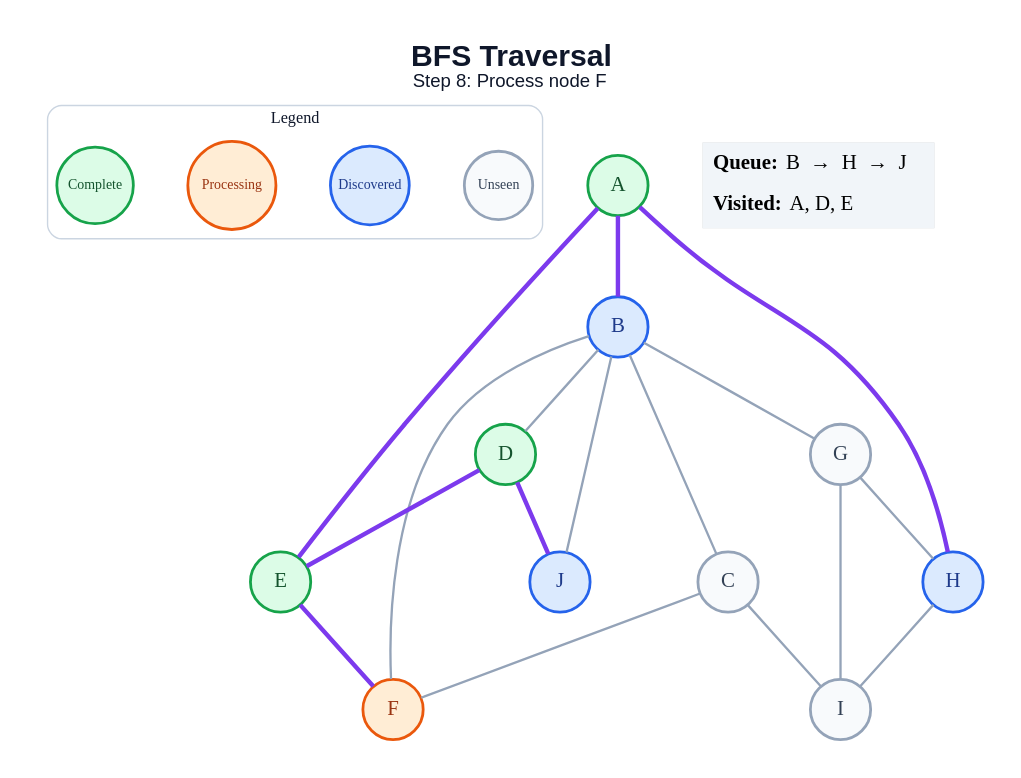
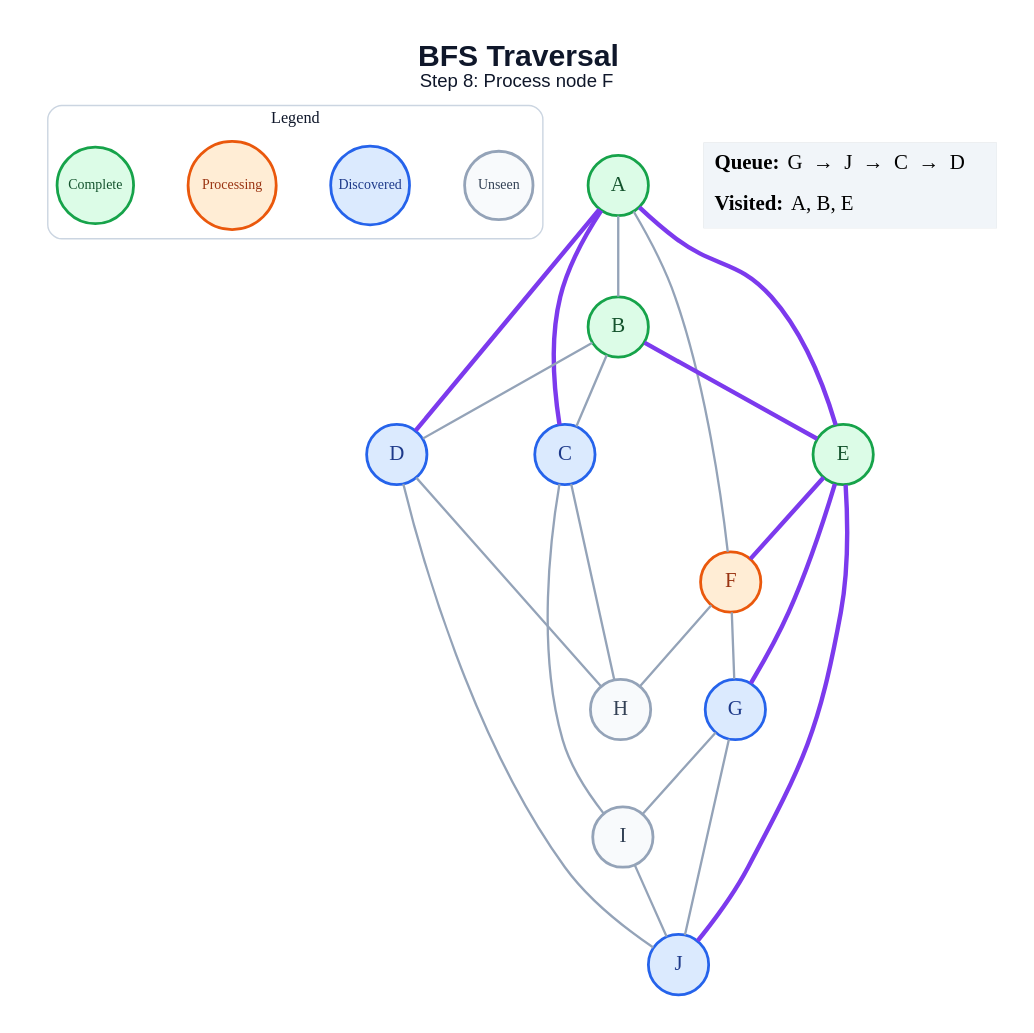
One commit to amanghodawala9/ai-slop changed the diagram in generated/specific-node/bfs/step_08.dot. Above: the diagram before and after it, drawn with Graphviz. The commit also changed 178 other files, not shown here.

```diff
--- a/generated/specific-node/bfs/step_08.dot
+++ b/generated/specific-node/bfs/step_08.dot
@@ -1,45 +1,49 @@
 graph traversal {
   graph [layout=dot, rankdir=TB, bgcolor="#FFFFFF", pad="0.35", nodesep="0.65", ranksep="0.8", fontname="Arial"];
   node [shape=circle, style="filled", fontname="Arial Bold", fontsize=18, width=0.72, fixedsize=true, penwidth=2.4];
   edge [color="#94A3B8", penwidth=2.0];
   label=<<B>BFS Traversal</B><BR/><FONT POINT-SIZE="16">Step 8: Process node F</FONT>>; labelloc="t"; fontsize=26; fontname="Arial"; fontcolor="#0F172A";
   subgraph cluster_legend { label="Legend"; color="#CBD5E1"; penwidth=1.2; style="rounded"; fontsize=14; fontname="Arial Bold";
     key_unseen [label="Unseen", fillcolor="#F8FAFC", color="#94A3B8", fontcolor="#334155", fontsize=12, width=0.82];
     key_frontier [label="Discovered", fillcolor="#DBEAFE", color="#2563EB", fontcolor="#1E3A8A", fontsize=12, width=0.95];
     key_current [label="Processing", fillcolor="#FFEDD5", color="#EA580C", fontcolor="#9A3412", fontsize=12, width=1.05];
     key_done [label="Complete", fillcolor="#DCFCE7", color="#16A34A", fontcolor="#14532D", fontsize=12, width=0.92];
     { rank=same; key_unseen; key_frontier; key_current; key_done; }
   }
   A [fillcolor="#DCFCE7", color="#16A34A", fontcolor="#14532D"];
-  B [fillcolor="#DBEAFE", color="#2563EB", fontcolor="#1E3A8A"];
-  C [fillcolor="#F8FAFC", color="#94A3B8", fontcolor="#334155"];
-  D [fillcolor="#DCFCE7", color="#16A34A", fontcolor="#14532D"];
+  B [fillcolor="#DCFCE7", color="#16A34A", fontcolor="#14532D"];
+  C [fillcolor="#DBEAFE", color="#2563EB", fontcolor="#1E3A8A"];
+  D [fillcolor="#DBEAFE", color="#2563EB", fontcolor="#1E3A8A"];
   E [fillcolor="#DCFCE7", color="#16A34A", fontcolor="#14532D"];
   F [fillcolor="#FFEDD5", color="#EA580C", fontcolor="#9A3412"];
-  G [fillcolor="#F8FAFC", color="#94A3B8", fontcolor="#334155"];
-  H [fillcolor="#DBEAFE", color="#2563EB", fontcolor="#1E3A8A"];
+  G [fillcolor="#DBEAFE", color="#2563EB", fontcolor="#1E3A8A"];
+  H [fillcolor="#F8FAFC", color="#94A3B8", fontcolor="#334155"];
   I [fillcolor="#F8FAFC", color="#94A3B8", fontcolor="#334155"];
   J [fillcolor="#DBEAFE", color="#2563EB", fontcolor="#1E3A8A"];
-  A -- B [color="#7C3AED", penwidth=3.8];
+  A -- B;
+  A -- C [color="#7C3AED", penwidth=3.8];
+  A -- D [color="#7C3AED", penwidth=3.8];
   A -- E [color="#7C3AED", penwidth=3.8];
-  A -- H [color="#7C3AED", penwidth=3.8];
+  A -- F;
   B -- C;
   B -- D;
-  B -- F;
-  B -- G;
-  B -- J;
-  C -- F;
+  B -- E [color="#7C3AED", penwidth=3.8];
+  C -- H;
   C -- I;
-  D -- E [color="#7C3AED", penwidth=3.8];
-  D -- J [color="#7C3AED", penwidth=3.8];
+  D -- H;
+  D -- J;
   E -- F [color="#7C3AED", penwidth=3.8];
-  G -- H;
+  E -- G [color="#7C3AED", penwidth=3.8];
+  E -- J [color="#7C3AED", penwidth=3.8];
+  F -- G;
+  F -- H;
   G -- I;
-  H -- I;
+  G -- J;
+  I -- J;
   status [shape=plain, fixedsize=false, width=0, height=0, margin=0, label=<
     <TABLE BORDER="0" CELLBORDER="0" CELLPADDING="7" BGCOLOR="#F1F5F9">
-      <TR><TD ALIGN="LEFT"><B>Queue:</B> B  →  H  →  J</TD></TR>
-      <TR><TD ALIGN="LEFT"><B>Visited:</B> A, D, E</TD></TR>
+      <TR><TD ALIGN="LEFT"><B>Queue:</B> G  →  J  →  C  →  D</TD></TR>
+      <TR><TD ALIGN="LEFT"><B>Visited:</B> A, B, E</TD></TR>
     </TABLE>
   >];
 }
```
